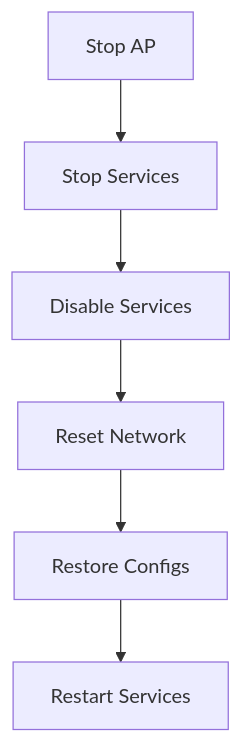
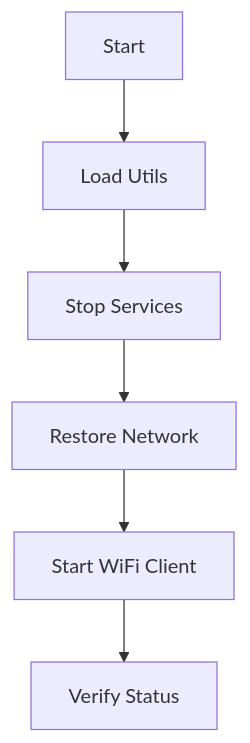
One commit to firasguendouz/Raspi_Screen- changed the third of 3 diagrams in ap/AP.md. Above: the diagram before and after it, drawn with Mermaid. The commit also changed other lines of this file, not shown here.

````diff
--- a/ap/AP.md
+++ b/ap/AP.md
@@ -54,8 +83,8 @@
 ```mermaid
 graph TD
-    A[Stop AP] --> B[Stop Services]
-    B --> C[Disable Services]
-    C --> D[Reset Network]
-    D --> E[Restore Configs]
-    E --> F[Restart Services]
+    A[Start] --> B[Load Utils]
+    B --> C[Stop Services]
+    C --> D[Restore Network]
+    D --> E[Start WiFi Client]
+    E --> F[Verify Status]
 ```
````
